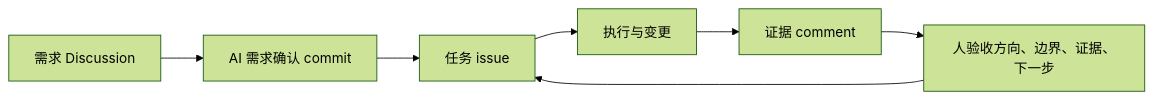
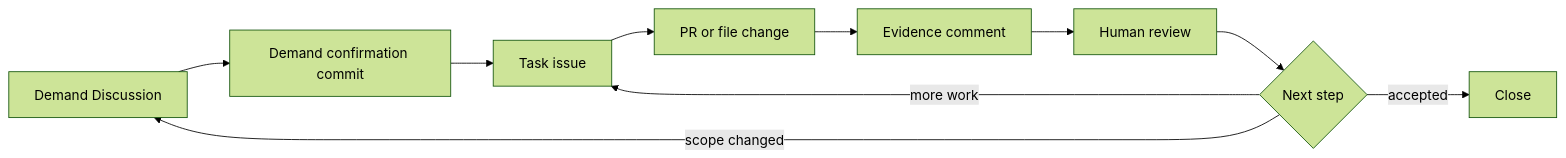
The diagram in README.md (kun-content-lab/github-harness-programming-resources), drawn with Mermaid (forest theme) before and after one commit. The commit also changed other lines of this file and 29 other files, not shown here.

````diff
--- a/README.md
+++ b/README.md
@@ -28,9 +65,12 @@
 ```mermaid
 flowchart LR
-  A["需求 Discussion"] --> B["AI 需求确认 commit"]
-  B --> C["任务 issue"]
-  C --> D["执行与变更"]
-  D --> E["证据 comment"]
-  E --> F["人验收方向、边界、证据、下一步"]
-  F --> C
+  A["Demand Discussion"] --> B["Demand confirmation commit"]
+  B --> C["Task issue"]
+  C --> D["PR or file change"]
+  D --> E["Evidence comment"]
+  E --> F["Human review"]
+  F --> G{"Next step"}
+  G -->|accepted| H["Close"]
+  G -->|more work| C
+  G -->|scope changed| A
 ```
````
